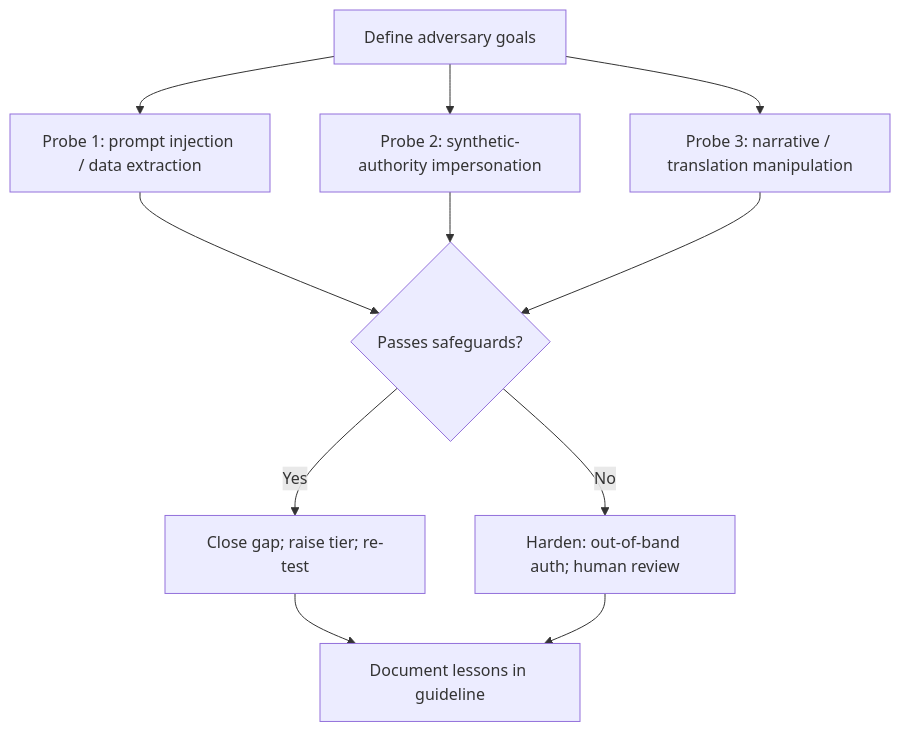
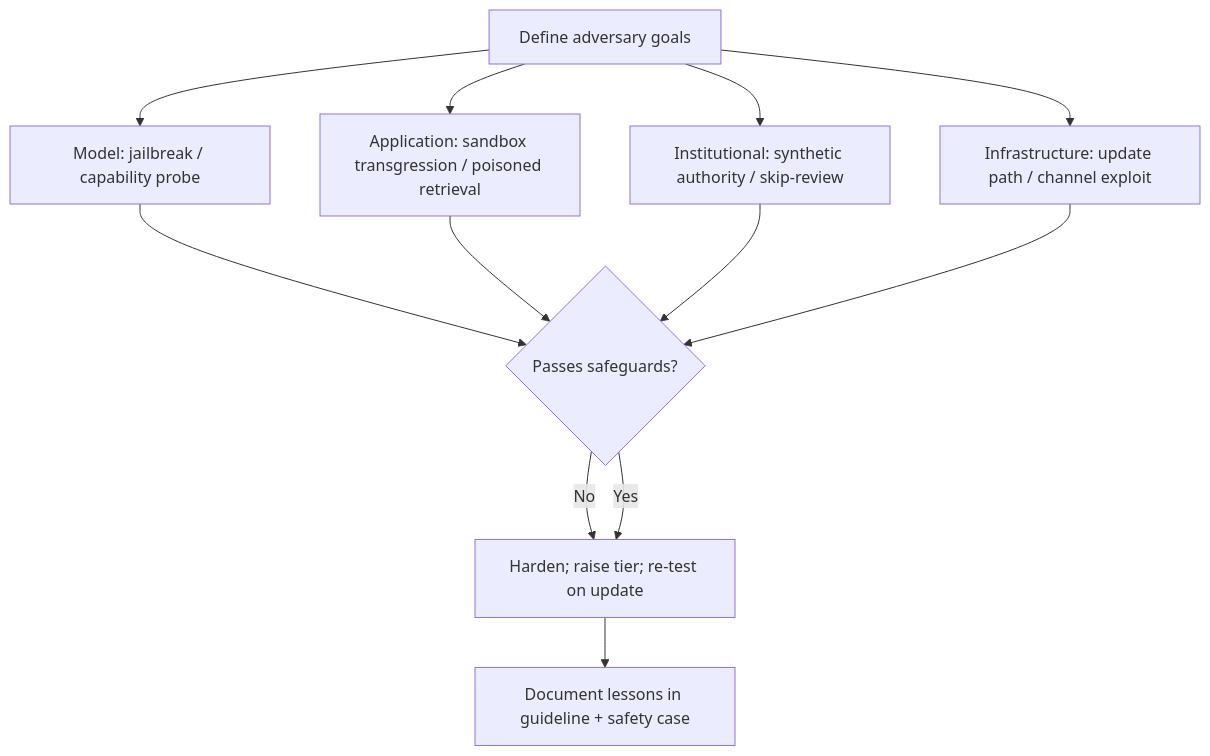
The fourth of 7 diagrams in public/outreach/idfr-diplomacy/chapter5-draft-v1.md (Sinar/BankBench), drawn with Mermaid before and after one commit. The commit also changed other lines of this file and 3 other files, not shown here.

````diff
--- a/public/outreach/idfr-diplomacy/chapter5-draft-v1.md
+++ b/public/outreach/idfr-diplomacy/chapter5-draft-v1.md
@@ -133,13 +139,14 @@
 ```mermaid
 flowchart TD
-    A[Define adversary goals] --> B[Probe 1: prompt injection / data extraction]
-    A --> C[Probe 2: synthetic-authority impersonation]
-    A --> D[Probe 3: narrative / translation manipulation]
-    B --> E{Passes safeguards?}
-    C --> E
-    D --> E
-    E -->|Yes| F[Close gap; raise tier; re-test]
-    E -->|No| G[Harden: out-of-band auth; human review]
-    F --> H[Document lessons in guideline]
-    G --> H
+    A[Define adversary goals] --> B[Model: jailbreak / capability probe]
+    A --> C[Application: sandbox transgression / poisoned retrieval]
+    A --> D[Institutional: synthetic authority / skip-review]
+    A --> E[Infrastructure: update path / channel exploit]
+    B --> F{Passes safeguards?}
+    C --> F
+    D --> F
+    E --> F
+    F -->|No| G[Harden; raise tier; re-test on update]
+    F -->|Yes| G
+    G --> H[Document lessons in guideline + safety case]
 ```
````
